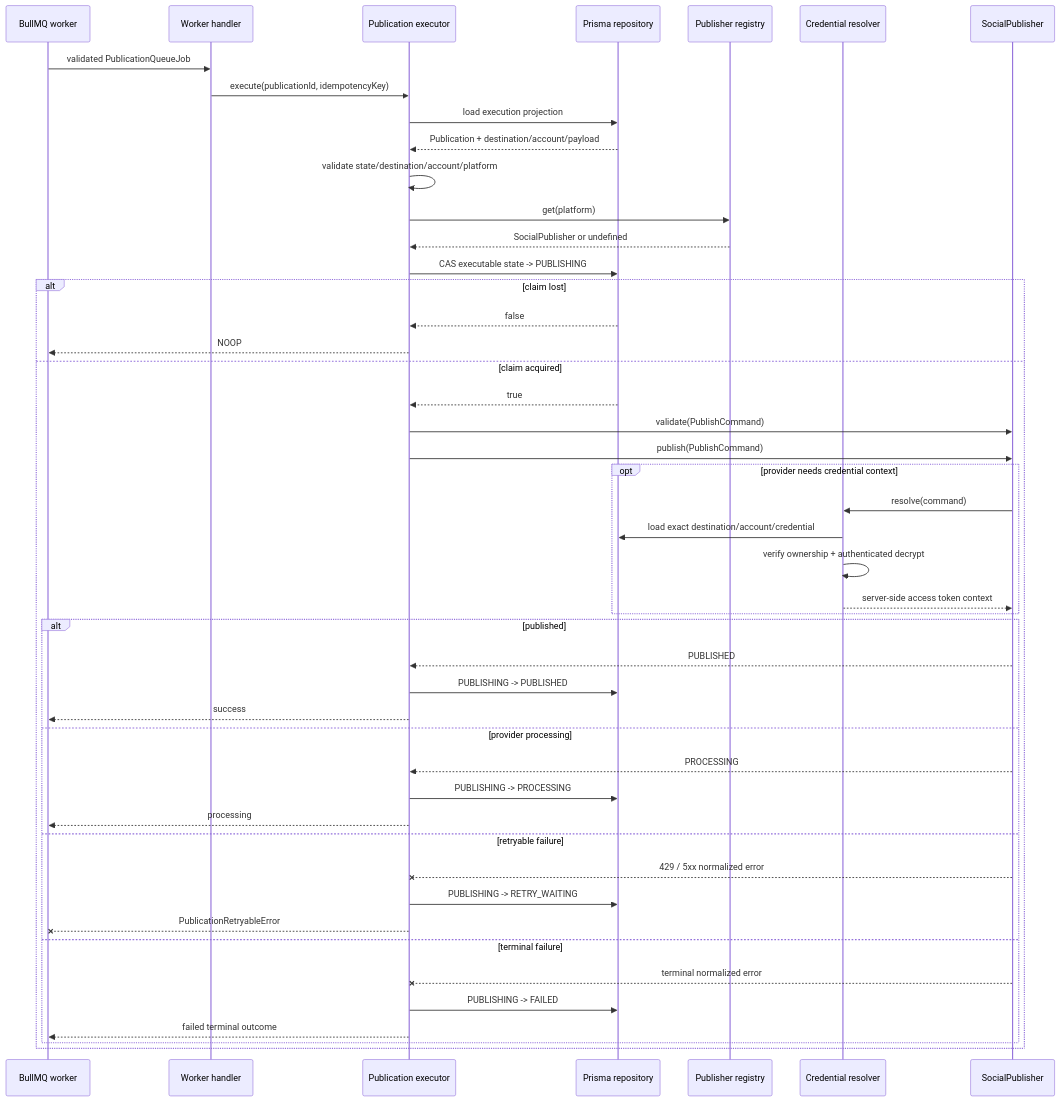
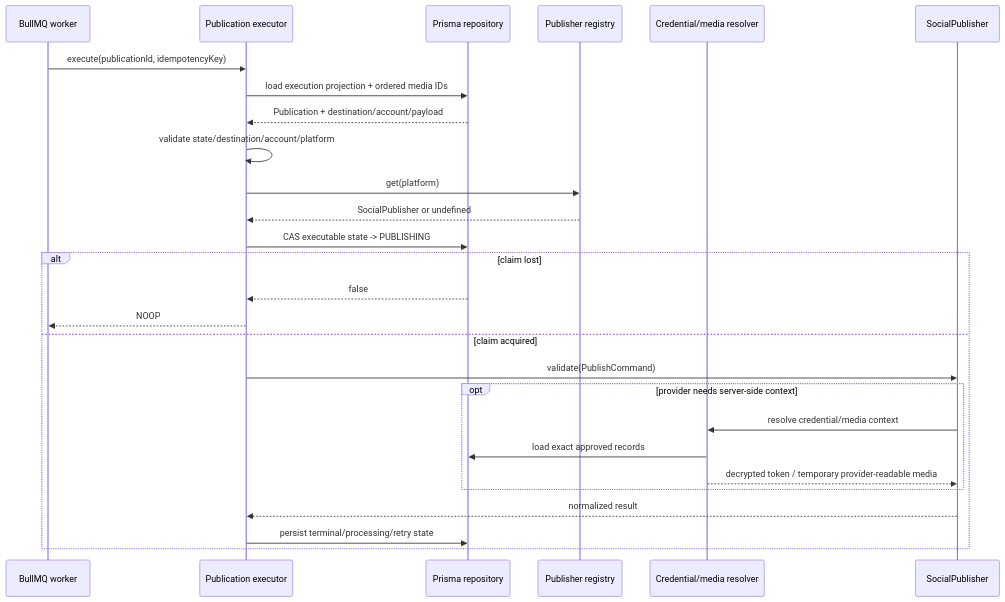
Before and after one commit to vitoo16/recruitops-platform: the diagram in docs/architecture/publication-execution.md, drawn with Mermaid. The commit also changed other lines of this file and 8 other files, not shown here.

Commit message:
docs: lock UI architecture and media selection boundaries

````diff
--- a/docs/architecture/publication-execution.md
+++ b/docs/architecture/publication-execution.md
@@ -90,50 +97,30 @@
 ```mermaid
 sequenceDiagram
     participant Queue as BullMQ worker
-    participant Handler as Worker handler
     participant Executor as Publication executor
     participant DB as Prisma repository
     participant Registry as Publisher registry
-    participant Resolver as Credential resolver
+    participant Resolver as Credential/media resolver
     participant Provider as SocialPublisher
 
-    Queue->>Handler: validated PublicationQueueJob
-    Handler->>Executor: execute(publicationId, idempotencyKey)
-    Executor->>DB: load execution projection
+    Queue->>Executor: execute(publicationId, idempotencyKey)
+    Executor->>DB: load execution projection + ordered media IDs
     DB-->>Executor: Publication + destination/account/payload
     Executor->>Executor: validate state/destination/account/platform
     Executor->>Registry: get(platform)
     Registry-->>Executor: SocialPublisher or undefined
     Executor->>DB: CAS executable state -> PUBLISHING
     alt claim lost
         DB-->>Executor: false
         Executor-->>Queue: NOOP
     else claim acquired
-        DB-->>Executor: true
         Executor->>Provider: validate(PublishCommand)
-        Executor->>Provider: publish(PublishCommand)
-        opt provider needs credential context
-            Provider->>Resolver: resolve(command)
-            Resolver->>DB: load exact destination/account/credential
-            Resolver->>Resolver: verify ownership + authenticated decrypt
-            Resolver-->>Provider: server-side access token context
+        opt provider needs server-side context
+            Provider->>Resolver: resolve credential/media context
+            Resolver->>DB: load exact approved records
+            Resolver-->>Provider: decrypted token / temporary provider-readable media
         end
-        alt published
-            Provider-->>Executor: PUBLISHED
-            Executor->>DB: PUBLISHING -> PUBLISHED
-            Executor-->>Queue: success
-        else provider processing
-            Provider-->>Executor: PROCESSING
-            Executor->>DB: PUBLISHING -> PROCESSING
-            Executor-->>Queue: processing
-        else retryable failure
-            Provider--xExecutor: 429 / 5xx normalized error
-            Executor->>DB: PUBLISHING -> RETRY_WAITING
-            Executor--xQueue: PublicationRetryableError
-        else terminal failure
-            Provider--xExecutor: terminal normalized error
-            Executor->>DB: PUBLISHING -> FAILED
-            Executor-->>Queue: failed terminal outcome
-        end
+        Provider-->>Executor: normalized result
+        Executor->>DB: persist terminal/processing/retry state
     end
 ```
````
